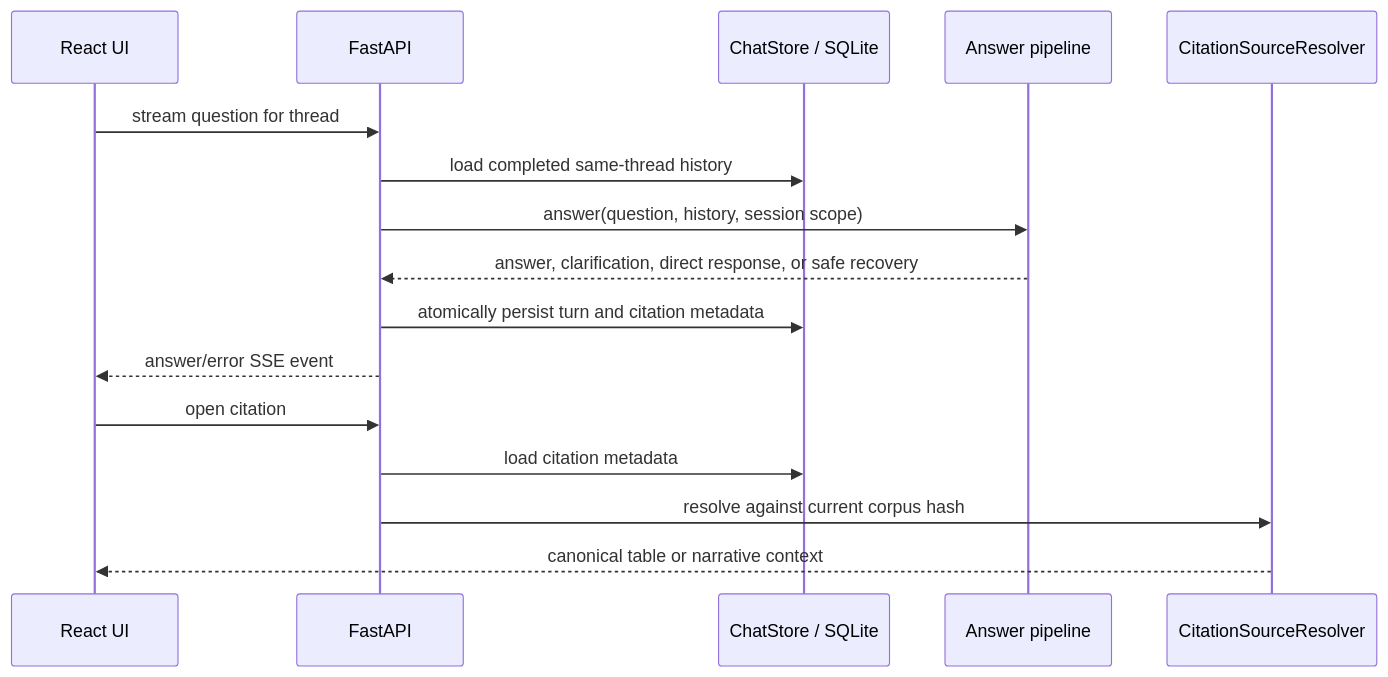
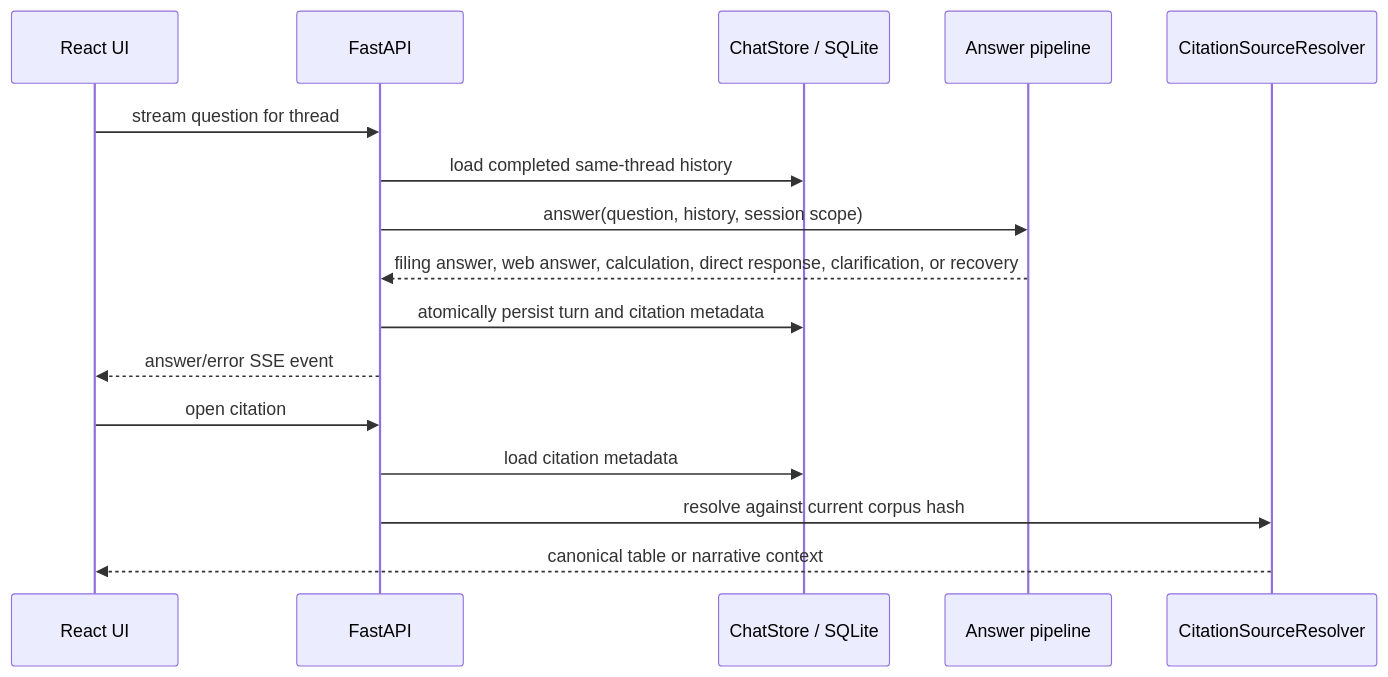
The diagram in src/bankscope/chat/README.md (nikolabakic/Banking-Technology-and-Operational-Risk-Intelligence-Assistant), drawn with Mermaid before and after one commit. The commit also changed other lines of this file and 45 other files, not shown here.

````diff
--- a/src/bankscope/chat/README.md
+++ b/src/bankscope/chat/README.md
@@ -5,18 +5,18 @@
 ```mermaid
 sequenceDiagram
     participant UI as React UI
     participant API as FastAPI
     participant DB as ChatStore / SQLite
     participant P as Answer pipeline
     participant S as CitationSourceResolver
     UI->>API: stream question for thread
     API->>DB: load completed same-thread history
     API->>P: answer(question, history, session scope)
-    P-->>API: answer, clarification, direct response, or safe recovery
+    P-->>API: filing answer, web answer, calculation, direct response, clarification, or recovery
     API->>DB: atomically persist turn and citation metadata
     API-->>UI: answer/error SSE event
     UI->>API: open citation
     API->>DB: load citation metadata
     API->>S: resolve against current corpus hash
     S-->>UI: canonical table or narrative context
 ```
````
